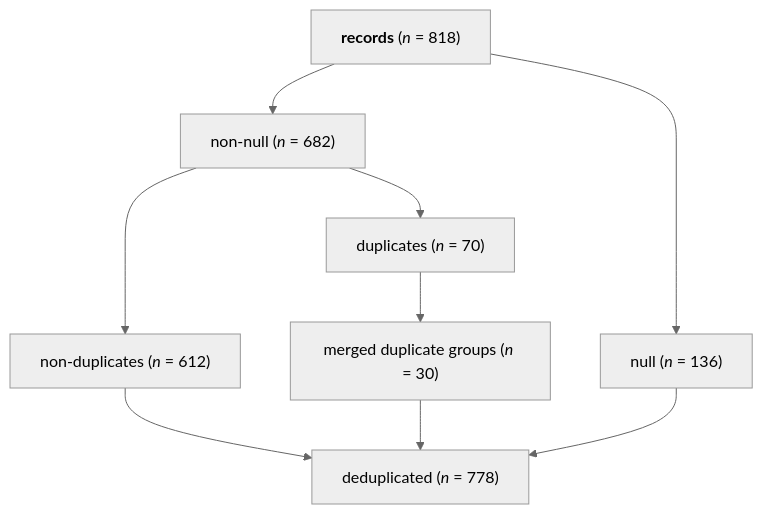
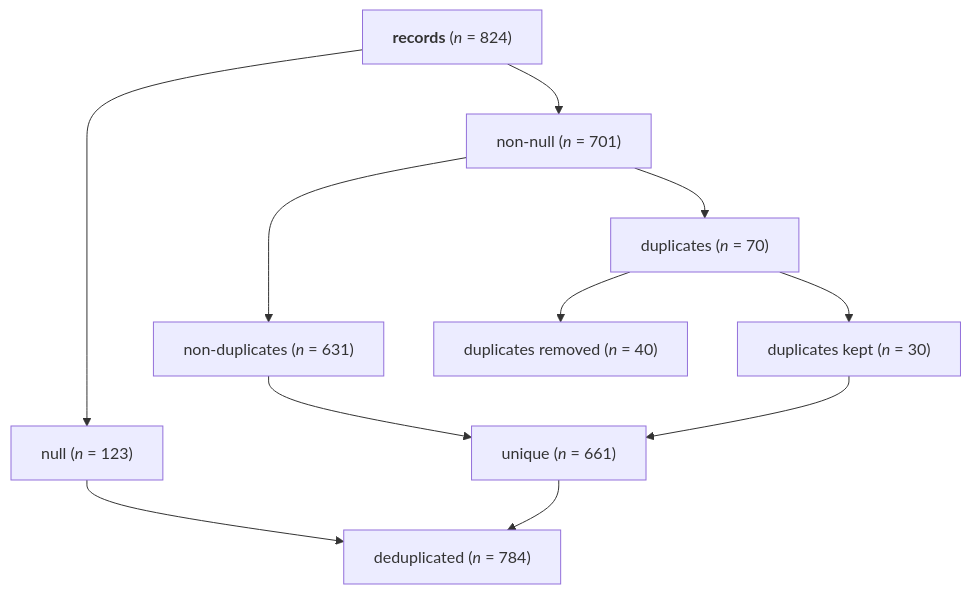
One commit to dong-wkim/network_meta-analysis changed the diagram in systematic_review/deduplication/pmid/pmid_deduplicated.mmd. Above: the diagram before and after it, drawn with Mermaid. The commit also changed 608 other files, not shown here.

```diff
--- a/systematic_review/deduplication/pmid/pmid_deduplicated.mmd
+++ b/systematic_review/deduplication/pmid/pmid_deduplicated.mmd
@@ -1,19 +1,21 @@
 ---
 config:
-  theme: neutral
-  curve: stepBefore
+theme: neutral
+curve: stepBefore
 ---
 graph TD;
-A["`**records** (*n* = 818)`"];
-B["`null (*n* = 136)`"];
-C["`non-null (*n* = 682)`"];
-D["`non-duplicates (*n* = 612)`"];
+A["`**records** (*n* = 824)`"];
+B["`null (*n* = 123)`"];
+C["`non-null (*n* = 701)`"];
+D["`non-duplicates (*n* = 631)`"];
 E["`duplicates (*n* = 70)`"];
-F["`merged duplicate groups (*n* = 30)`"];
-G["`deduplicated (*n* = 778)`"];
+F["`duplicates kept (*n* = 30)`"];
+G["`duplicates removed (*n* = 40)`"];
+H["`unique (*n* = 661)`"];
+I["`deduplicated (*n* = 784)`"];
 
 A --> B & C;
 C --> D & E;
-D & F --> G;
-E --> F;
-B --> G;
+E --> F & G;
+D & F --> H
+B & H --> I
```
